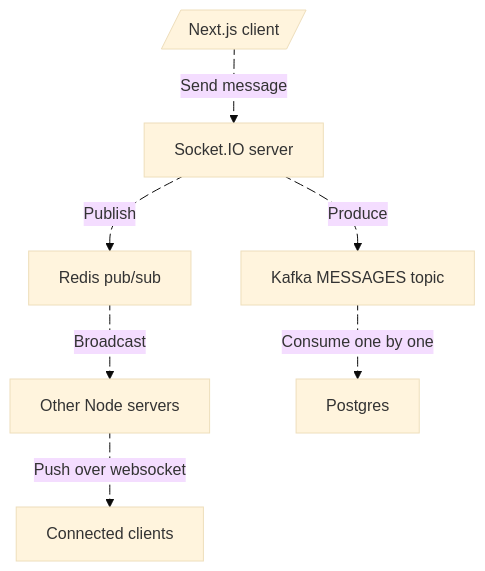
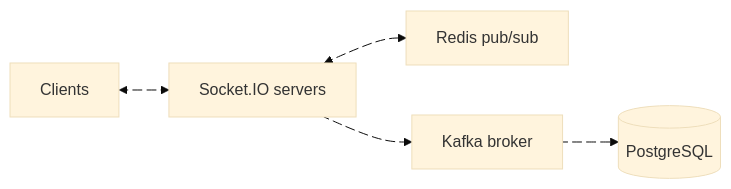
The diagram in src/content/projects/scalable-chat.mdx (anav5704/anav.dev), drawn with Mermaid (base theme) before and after one commit. The commit also changed other lines of this file and 2 other files, not shown here.

Commit message:
content: add flowcharts to projects and posts

````diff
--- a/src/content/projects/scalable-chat.mdx
+++ b/src/content/projects/scalable-chat.mdx
@@ -53,24 +51,18 @@
 ```mermaid
-flowchart TD
-    A[/Next.js client/]
-    B[Socket.IO server]
-    C[Redis pub/sub]
-    D[Other Node servers]
-    E[Connected clients]
-    F[Kafka MESSAGES topic]
-    G[Postgres]
+flowchart LR
+    Client[Clients]
+    Server[Socket.IO servers]
+    Redis[Redis pub/sub]
+    Kafka[Kafka broker]
+    DB[(PostgreSQL)]
 
-    A e1@-->|Send message| B
-    B e2@-->|Publish| C
-    C e3@-->|Broadcast| D
-    D e4@-->|Push over websocket| E
-    B e5@-->|Produce| F
-    F e6@-->|Consume one by one| G
+    Client e1@<--> Server
+    Server e2@<--> Redis
+    Server e3@--> Kafka
+    Kafka e4@--> DB
 
     e1@{ animation: slow }
     e2@{ animation: slow }
     e3@{ animation: slow }
     e4@{ animation: slow }
-    e5@{ animation: slow }
-    e6@{ animation: slow }
 ```
````
